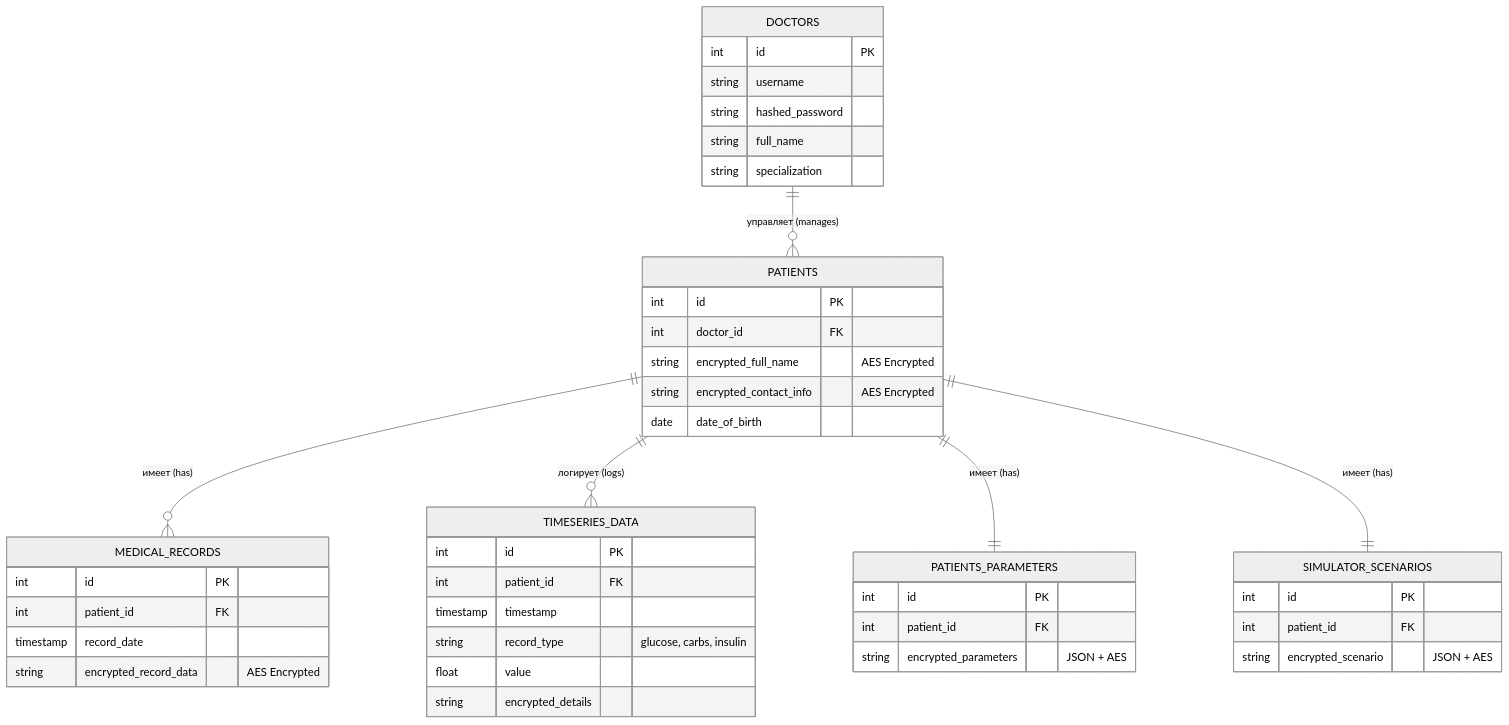
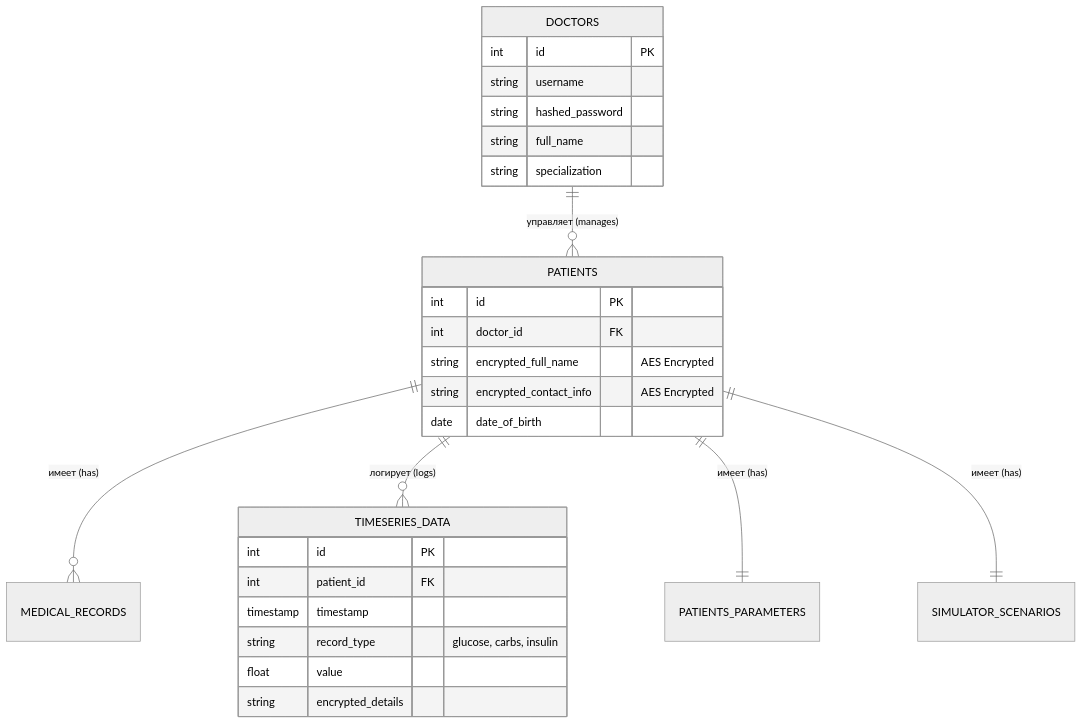
One commit to Dr-U-boop/Glukoze-Test changed the third of 3 diagrams in project_report.md. Above: the diagram before and after it, drawn with Mermaid (neutral theme). The commit also changed other lines of this file, not shown here.

````diff
--- a/project_report.md
+++ b/project_report.md
@@ -101,52 +122,33 @@
 ```mermaid
 erDiagram
     DOCTORS ||--o{ PATIENTS : "управляет (manages)"
     PATIENTS ||--o{ MEDICAL_RECORDS : "имеет (has)"
     PATIENTS ||--o{ TIMESERIES_DATA : "логирует (logs)"
     PATIENTS ||--|| PATIENTS_PARAMETERS : "имеет (has)"
     PATIENTS ||--|| SIMULATOR_SCENARIOS : "имеет (has)"
 
     DOCTORS {
         int id PK
         string username
         string hashed_password
         string full_name
         string specialization
     }
 
     PATIENTS {
         int id PK
         int doctor_id FK
         string encrypted_full_name "AES Encrypted"
         string encrypted_contact_info "AES Encrypted"
         date date_of_birth
     }
 
-    MEDICAL_RECORDS {
-        int id PK
-        int patient_id FK
-        timestamp record_date
-        string encrypted_record_data "AES Encrypted"
-    }
-
     TIMESERIES_DATA {
         int id PK
         int patient_id FK
         timestamp timestamp
         string record_type "glucose, carbs, insulin"
         float value
-        string encrypted_details 
-    }
-
-    PATIENTS_PARAMETERS {
-        int id PK
-        int patient_id FK
-        string encrypted_parameters "JSON + AES"
-    }
-
-    SIMULATOR_SCENARIOS {
-        int id PK
-        int patient_id FK
-        string encrypted_scenario "JSON + AES"
+        string encrypted_details
     }
 ```
````
